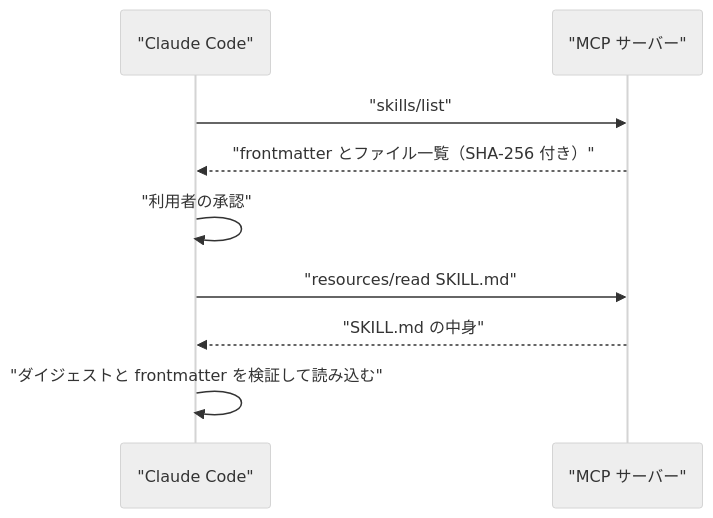
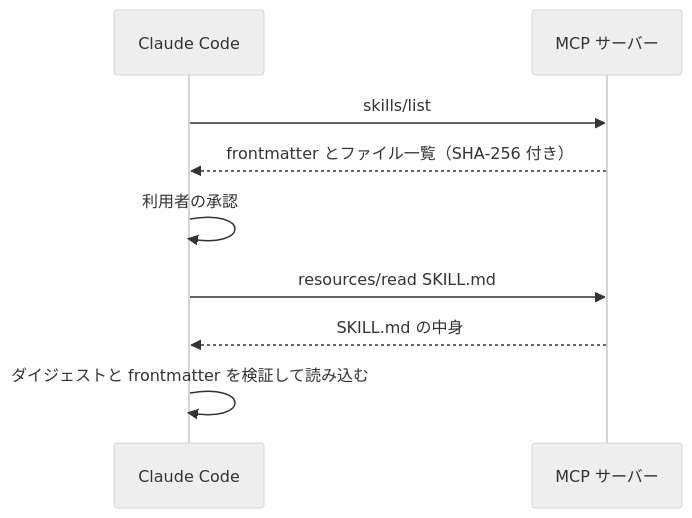
The diagram in content/posts/2026-11-26-mcp-servers-ship-skills.md (swallowarc/blog), drawn with Mermaid (neutral theme) before and after one commit. The commit also changed 3 other files, not shown here.

First line of the commit message:
シーケンス図のラベルから引用符を外す

````diff
--- a/content/posts/2026-11-26-mcp-servers-ship-skills.md
+++ b/content/posts/2026-11-26-mcp-servers-ship-skills.md
@@ -14,11 +14,11 @@
 ```mermaid
 sequenceDiagram
-    participant C as "Claude Code"
-    participant S as "MCP サーバー"
-    C->>S: "skills/list"
-    S-->>C: "frontmatter とファイル一覧（SHA-256 付き）"
-    C->>C: "利用者の承認"
-    C->>S: "resources/read SKILL.md"
-    S-->>C: "SKILL.md の中身"
-    C->>C: "ダイジェストと frontmatter を検証して読み込む"
+    participant C as Claude Code
+    participant S as MCP サーバー
+    C->>S: skills/list
+    S-->>C: frontmatter とファイル一覧（SHA-256 付き）
+    C->>C: 利用者の承認
+    C->>S: resources/read SKILL.md
+    S-->>C: SKILL.md の中身
+    C->>C: ダイジェストと frontmatter を検証して読み込む
 ```
````
